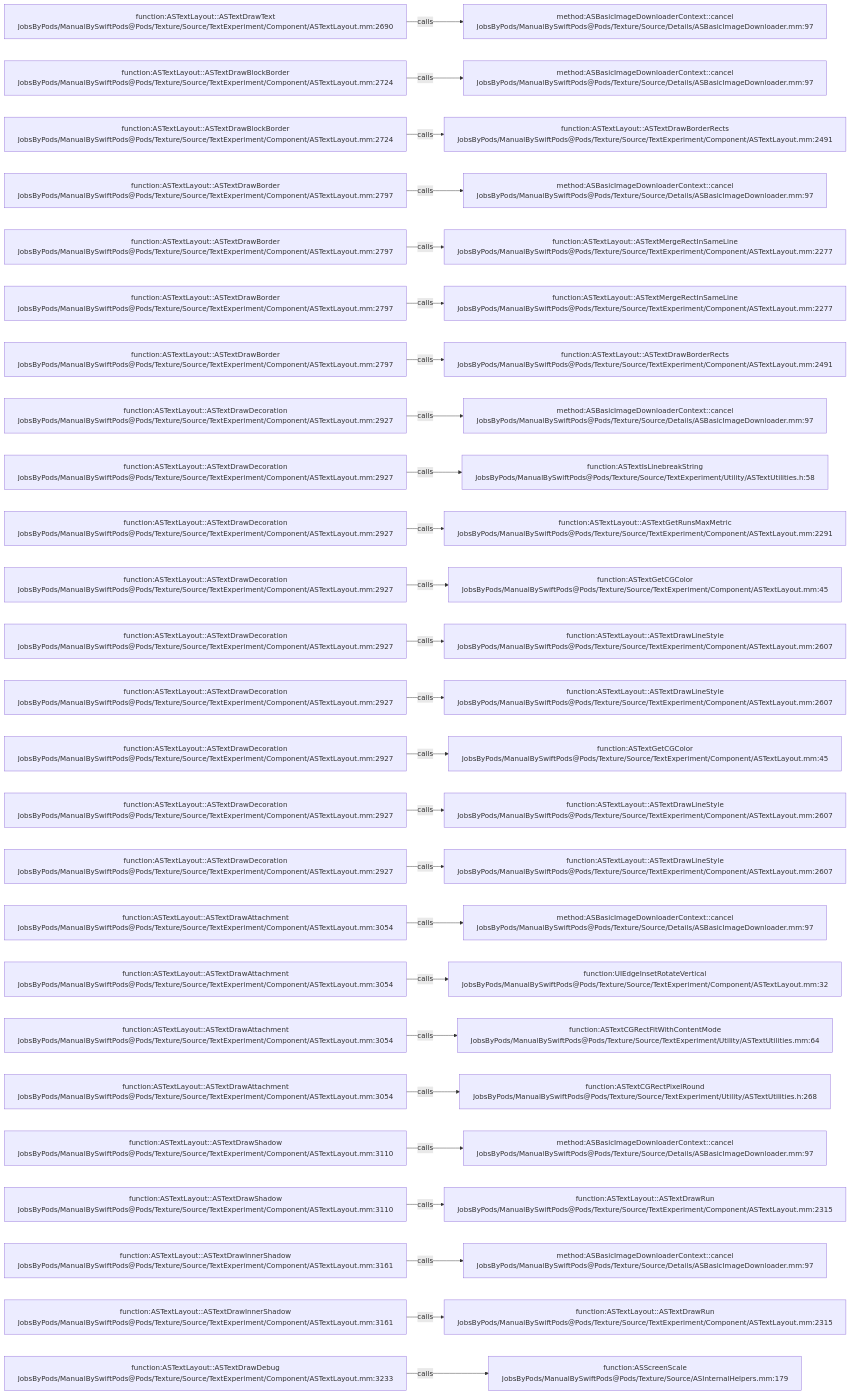
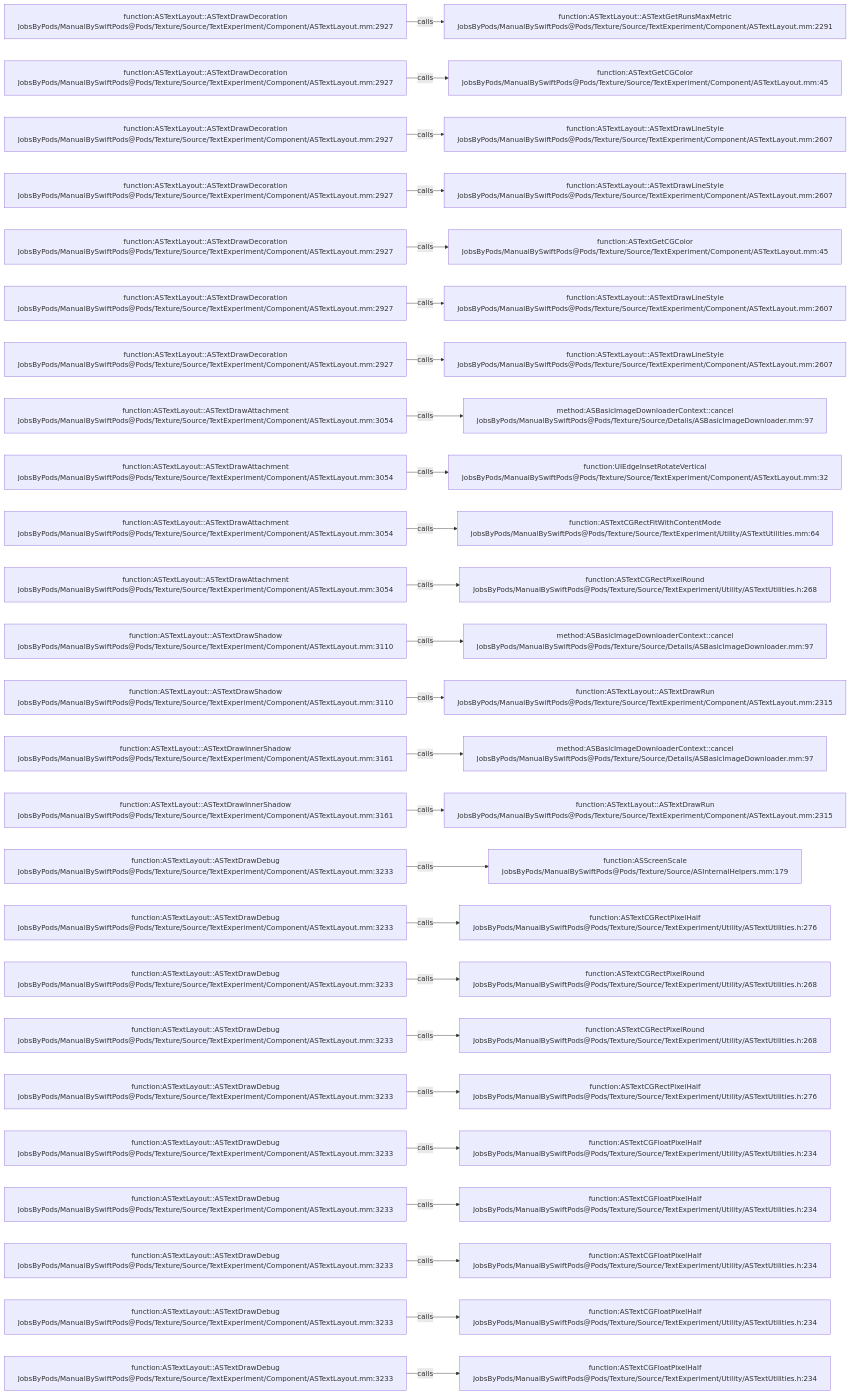
The diagram in .codegraph/codegraph.md/graphs/calls-136.md (JobsKits/JobsSwiftBaseConfigDemo), drawn with Mermaid before and after one commit. The commit also changed 707 other files, not shown here.

````diff
--- a/.codegraph/codegraph.md/graphs/calls-136.md
+++ b/.codegraph/codegraph.md/graphs/calls-136.md
@@ -13,78 +13,78 @@
 ```mermaid
 flowchart LR
-  S1["function:ASTextLayout::ASTextDrawText<br/>JobsByPods/ManualBySwiftPods@Pods/Texture/Source/TextExperiment/Component/ASTextLayout.mm:2690"]
-  T1["method:ASBasicImageDownloaderContext::cancel<br/>JobsByPods/ManualBySwiftPods@Pods/Texture/Source/Details/ASBasicImageDownloader.mm:97"]
+  S1["function:ASTextLayout::ASTextDrawDecoration<br/>JobsByPods/ManualBySwiftPods@Pods/Texture/Source/TextExperiment/Component/ASTextLayout.mm:2927"]
+  T1["function:ASTextLayout::ASTextGetRunsMaxMetric<br/>JobsByPods/ManualBySwiftPods@Pods/Texture/Source/TextExperiment/Component/ASTextLayout.mm:2291"]
   S1 -->|calls| T1
-  S2["function:ASTextLayout::ASTextDrawBlockBorder<br/>JobsByPods/ManualBySwiftPods@Pods/Texture/Source/TextExperiment/Component/ASTextLayout.mm:2724"]
-  T2["method:ASBasicImageDownloaderContext::cancel<br/>JobsByPods/ManualBySwiftPods@Pods/Texture/Source/Details/ASBasicImageDownloader.mm:97"]
+  S2["function:ASTextLayout::ASTextDrawDecoration<br/>JobsByPods/ManualBySwiftPods@Pods/Texture/Source/TextExperiment/Component/ASTextLayout.mm:2927"]
+  T2["function:ASTextGetCGColor<br/>JobsByPods/ManualBySwiftPods@Pods/Texture/Source/TextExperiment/Component/ASTextLayout.mm:45"]
   S2 -->|calls| T2
-  S3["function:ASTextLayout::ASTextDrawBlockBorder<br/>JobsByPods/ManualBySwiftPods@Pods/Texture/Source/TextExperiment/Component/ASTextLayout.mm:2724"]
-  T3["function:ASTextLayout::ASTextDrawBorderRects<br/>JobsByPods/ManualBySwiftPods@Pods/Texture/Source/TextExperiment/Component/ASTextLayout.mm:2491"]
+  S3["function:ASTextLayout::ASTextDrawDecoration<br/>JobsByPods/ManualBySwiftPods@Pods/Texture/Source/TextExperiment/Component/ASTextLayout.mm:2927"]
+  T3["function:ASTextLayout::ASTextDrawLineStyle<br/>JobsByPods/ManualBySwiftPods@Pods/Texture/Source/TextExperiment/Component/ASTextLayout.mm:2607"]
   S3 -->|calls| T3
-  S4["function:ASTextLayout::ASTextDrawBorder<br/>JobsByPods/ManualBySwiftPods@Pods/Texture/Source/TextExperiment/Component/ASTextLayout.mm:2797"]
-  T4["method:ASBasicImageDownloaderContext::cancel<br/>JobsByPods/ManualBySwiftPods@Pods/Texture/Source/Details/ASBasicImageDownloader.mm:97"]
+  S4["function:ASTextLayout::ASTextDrawDecoration<br/>JobsByPods/ManualBySwiftPods@Pods/Texture/Source/TextExperiment/Component/ASTextLayout.mm:2927"]
+  T4["function:ASTextLayout::ASTextDrawLineStyle<br/>JobsByPods/ManualBySwiftPods@Pods/Texture/Source/TextExperiment/Component/ASTextLayout.mm:2607"]
   S4 -->|calls| T4
-  S5["function:ASTextLayout::ASTextDrawBorder<br/>JobsByPods/ManualBySwiftPods@Pods/Texture/Source/TextExperiment/Component/ASTextLayout.mm:2797"]
-  T5["function:ASTextLayout::ASTextMergeRectInSameLine<br/>JobsByPods/ManualBySwiftPods@Pods/Texture/Source/TextExperiment/Component/ASTextLayout.mm:2277"]
+  S5["function:ASTextLayout::ASTextDrawDecoration<br/>JobsByPods/ManualBySwiftPods@Pods/Texture/Source/TextExperiment/Component/ASTextLayout.mm:2927"]
+  T5["function:ASTextGetCGColor<br/>JobsByPods/ManualBySwiftPods@Pods/Texture/Source/TextExperiment/Component/ASTextLayout.mm:45"]
   S5 -->|calls| T5
-  S6["function:ASTextLayout::ASTextDrawBorder<br/>JobsByPods/ManualBySwiftPods@Pods/Texture/Source/TextExperiment/Component/ASTextLayout.mm:2797"]
-  T6["function:ASTextLayout::ASTextMergeRectInSameLine<br/>JobsByPods/ManualBySwiftPods@Pods/Texture/Source/TextExperiment/Component/ASTextLayout.mm:2277"]
+  S6["function:ASTextLayout::ASTextDrawDecoration<br/>JobsByPods/ManualBySwiftPods@Pods/Texture/Source/TextExperiment/Component/ASTextLayout.mm:2927"]
+  T6["function:ASTextLayout::ASTextDrawLineStyle<br/>JobsByPods/ManualBySwiftPods@Pods/Texture/Source/TextExperiment/Component/ASTextLayout.mm:2607"]
   S6 -->|calls| T6
-  S7["function:ASTextLayout::ASTextDrawBorder<br/>JobsByPods/ManualBySwiftPods@Pods/Texture/Source/TextExperiment/Component/ASTextLayout.mm:2797"]
-  T7["function:ASTextLayout::ASTextDrawBorderRects<br/>JobsByPods/ManualBySwiftPods@Pods/Texture/Source/TextExperiment/Component/ASTextLayout.mm:2491"]
+  S7["function:ASTextLayout::ASTextDrawDecoration<br/>JobsByPods/ManualBySwiftPods@Pods/Texture/Source/TextExperiment/Component/ASTextLayout.mm:2927"]
+  T7["function:ASTextLayout::ASTextDrawLineStyle<br/>JobsByPods/ManualBySwiftPods@Pods/Texture/Source/TextExperiment/Component/ASTextLayout.mm:2607"]
   S7 -->|calls| T7
-  S8["function:ASTextLayout::ASTextDrawDecoration<br/>JobsByPods/ManualBySwiftPods@Pods/Texture/Source/TextExperiment/Component/ASTextLayout.mm:2927"]
+  S8["function:ASTextLayout::ASTextDrawAttachment<br/>JobsByPods/ManualBySwiftPods@Pods/Texture/Source/TextExperiment/Component/ASTextLayout.mm:3054"]
   T8["method:ASBasicImageDownloaderContext::cancel<br/>JobsByPods/ManualBySwiftPods@Pods/Texture/Source/Details/ASBasicImageDownloader.mm:97"]
   S8 -->|calls| T8
-  S9["function:ASTextLayout::ASTextDrawDecoration<br/>JobsByPods/ManualBySwiftPods@Pods/Texture/Source/TextExperiment/Component/ASTextLayout.mm:2927"]
-  T9["function:ASTextIsLinebreakString<br/>JobsByPods/ManualBySwiftPods@Pods/Texture/Source/TextExperiment/Utility/ASTextUtilities.h:58"]
+  S9["function:ASTextLayout::ASTextDrawAttachment<br/>JobsByPods/ManualBySwiftPods@Pods/Texture/Source/TextExperiment/Component/ASTextLayout.mm:3054"]
+  T9["function:UIEdgeInsetRotateVertical<br/>JobsByPods/ManualBySwiftPods@Pods/Texture/Source/TextExperiment/Component/ASTextLayout.mm:32"]
   S9 -->|calls| T9
-  S10["function:ASTextLayout::ASTextDrawDecoration<br/>JobsByPods/ManualBySwiftPods@Pods/Texture/Source/TextExperiment/Component/ASTextLayout.mm:2927"]
-  T10["function:ASTextLayout::ASTextGetRunsMaxMetric<br/>JobsByPods/ManualBySwiftPods@Pods/Texture/Source/TextExperiment/Component/ASTextLayout.mm:2291"]
+  S10["function:ASTextLayout::ASTextDrawAttachment<br/>JobsByPods/ManualBySwiftPods@Pods/Texture/Source/TextExperiment/Component/ASTextLayout.mm:3054"]
+  T10["function:ASTextCGRectFitWithContentMode<br/>JobsByPods/ManualBySwiftPods@Pods/Texture/Source/TextExperiment/Utility/ASTextUtilities.mm:64"]
   S10 -->|calls| T10
-  S11["function:ASTextLayout::ASTextDrawDecoration<br/>JobsByPods/ManualBySwiftPods@Pods/Texture/Source/TextExperiment/Component/ASTextLayout.mm:2927"]
-  T11["function:ASTextGetCGColor<br/>JobsByPods/ManualBySwiftPods@Pods/Texture/Source/TextExperiment/Component/ASTextLayout.mm:45"]
+  S11["function:ASTextLayout::ASTextDrawAttachment<br/>JobsByPods/ManualBySwiftPods@Pods/Texture/Source/TextExperiment/Component/ASTextLayout.mm:3054"]
+  T11["function:ASTextCGRectPixelRound<br/>JobsByPods/ManualBySwiftPods@Pods/Texture/Source/TextExperiment/Utility/ASTextUtilities.h:268"]
   S11 -->|calls| T11
-  S12["function:ASTextLayout::ASTextDrawDecoration<br/>JobsByPods/ManualBySwiftPods@Pods/Texture/Source/TextExperiment/Component/ASTextLayout.mm:2927"]
-  T12["function:ASTextLayout::ASTextDrawLineStyle<br/>JobsByPods/ManualBySwiftPods@Pods/Texture/Source/TextExperiment/Component/ASTextLayout.mm:2607"]
+  S12["function:ASTextLayout::ASTextDrawShadow<br/>JobsByPods/ManualBySwiftPods@Pods/Texture/Source/TextExperiment/Component/ASTextLayout.mm:3110"]
+  T12["method:ASBasicImageDownloaderContext::cancel<br/>JobsByPods/ManualBySwiftPods@Pods/Texture/Source/Details/ASBasicImageDownloader.mm:97"]
   S12 -->|calls| T12
-  S13["function:ASTextLayout::ASTextDrawDecoration<br/>JobsByPods/ManualBySwiftPods@Pods/Texture/Source/TextExperiment/Component/ASTextLayout.mm:2927"]
-  T13["function:ASTextLayout::ASTextDrawLineStyle<br/>JobsByPods/ManualBySwiftPods@Pods/Texture/Source/TextExperiment/Component/ASTextLayout.mm:2607"]
+  S13["function:ASTextLayout::ASTextDrawShadow<br/>JobsByPods/ManualBySwiftPods@Pods/Texture/Source/TextExperiment/Component/ASTextLayout.mm:3110"]
+  T13["function:ASTextLayout::ASTextDrawRun<br/>JobsByPods/ManualBySwiftPods@Pods/Texture/Source/TextExperiment/Component/ASTextLayout.mm:2315"]
   S13 -->|calls| T13
-  S14["function:ASTextLayout::ASTextDrawDecoration<br/>JobsByPods/ManualBySwiftPods@Pods/Texture/Source/TextExperiment/Component/ASTextLayout.mm:2927"]
-  T14["function:ASTextGetCGColor<br/>JobsByPods/ManualBySwiftPods@Pods/Texture/Source/TextExperiment/Component/ASTextLayout.mm:45"]
+  S14["function:ASTextLayout::ASTextDrawInnerShadow<br/>JobsByPods/ManualBySwiftPods@Pods/Texture/Source/TextExperiment/Component/ASTextLayout.mm:3161"]
+  T14["method:ASBasicImageDownloaderContext::cancel<br/>JobsByPods/ManualBySwiftPods@Pods/Texture/Source/Details/ASBasicImageDownloader.mm:97"]
   S14 -->|calls| T14
-  S15["function:ASTextLayout::ASTextDrawDecoration<br/>JobsByPods/ManualBySwiftPods@Pods/Texture/Source/TextExperiment/Component/ASTextLayout.mm:2927"]
-  T15["function:ASTextLayout::ASTextDrawLineStyle<br/>JobsByPods/ManualBySwiftPods@Pods/Texture/Source/TextExperiment/Component/ASTextLayout.mm:2607"]
+  S15["function:ASTextLayout::ASTextDrawInnerShadow<br/>JobsByPods/ManualBySwiftPods@Pods/Texture/Source/TextExperiment/Component/ASTextLayout.mm:3161"]
+  T15["function:ASTextLayout::ASTextDrawRun<br/>JobsByPods/ManualBySwiftPods@Pods/Texture/Source/TextExperiment/Component/ASTextLayout.mm:2315"]
   S15 -->|calls| T15
-  S16["function:ASTextLayout::ASTextDrawDecoration<br/>JobsByPods/ManualBySwiftPods@Pods/Texture/Source/TextExperiment/Component/ASTextLayout.mm:2927"]
-  T16["function:ASTextLayout::ASTextDrawLineStyle<br/>JobsByPods/ManualBySwiftPods@Pods/Texture/Source/TextExperiment/Component/ASTextLayout.mm:2607"]
+  S16["function:ASTextLayout::ASTextDrawDebug<br/>JobsByPods/ManualBySwiftPods@Pods/Texture/Source/TextExperiment/Component/ASTextLayout.mm:3233"]
+  T16["function:ASScreenScale<br/>JobsByPods/ManualBySwiftPods@Pods/Texture/Source/ASInternalHelpers.mm:179"]
   S16 -->|calls| T16
-  S17["function:ASTextLayout::ASTextDrawAttachment<br/>JobsByPods/ManualBySwiftPods@Pods/Texture/Source/TextExperiment/Component/ASTextLayout.mm:3054"]
-  T17["method:ASBasicImageDownloaderContext::cancel<br/>JobsByPods/ManualBySwiftPods@Pods/Texture/Source/Details/ASBasicImageDownloader.mm:97"]
+  S17["function:ASTextLayout::ASTextDrawDebug<br/>JobsByPods/ManualBySwiftPods@Pods/Texture/Source/TextExperiment/Component/ASTextLayout.mm:3233"]
+  T17["function:ASTextCGRectPixelHalf<br/>JobsByPods/ManualBySwiftPods@Pods/Texture/Source/TextExperiment/Utility/ASTextUtilities.h:276"]
   S17 -->|calls| T17
-  S18["function:ASTextLayout::ASTextDrawAttachment<br/>JobsByPods/ManualBySwiftPods@Pods/Texture/Source/TextExperiment/Component/ASTextLayout.mm:3054"]
-  T18["function:UIEdgeInsetRotateVertical<br/>JobsByPods/ManualBySwiftPods@Pods/Texture/Source/TextExperiment/Component/ASTextLayout.mm:32"]
+  S18["function:ASTextLayout::ASTextDrawDebug<br/>JobsByPods/ManualBySwiftPods@Pods/Texture/Source/TextExperiment/Component/ASTextLayout.mm:3233"]
+  T18["function:ASTextCGRectPixelRound<br/>JobsByPods/ManualBySwiftPods@Pods/Texture/Source/TextExperiment/Utility/ASTextUtilities.h:268"]
   S18 -->|calls| T18
-  S19["function:ASTextLayout::ASTextDrawAttachment<br/>JobsByPods/ManualBySwiftPods@Pods/Texture/Source/TextExperiment/Component/ASTextLayout.mm:3054"]
-  T19["function:ASTextCGRectFitWithContentMode<br/>JobsByPods/ManualBySwiftPods@Pods/Texture/Source/TextExperiment/Utility/ASTextUtilities.mm:64"]
+  S19["function:ASTextLayout::ASTextDrawDebug<br/>JobsByPods/ManualBySwiftPods@Pods/Texture/Source/TextExperiment/Component/ASTextLayout.mm:3233"]
+  T19["function:ASTextCGRectPixelRound<br/>JobsByPods/ManualBySwiftPods@Pods/Texture/Source/TextExperiment/Utility/ASTextUtilities.h:268"]
   S19 -->|calls| T19
-  S20["function:ASTextLayout::ASTextDrawAttachment<br/>JobsByPods/ManualBySwiftPods@Pods/Texture/Source/TextExperiment/Component/ASTextLayout.mm:3054"]
-  T20["function:ASTextCGRectPixelRound<br/>JobsByPods/ManualBySwiftPods@Pods/Texture/Source/TextExperiment/Utility/ASTextUtilities.h:268"]
+  S20["function:ASTextLayout::ASTextDrawDebug<br/>JobsByPods/ManualBySwiftPods@Pods/Texture/Source/TextExperiment/Component/ASTextLayout.mm:3233"]
+  T20["function:ASTextCGRectPixelHalf<br/>JobsByPods/ManualBySwiftPods@Pods/Texture/Source/TextExperiment/Utility/ASTextUtilities.h:276"]
   S20 -->|calls| T20
-  S21["function:ASTextLayout::ASTextDrawShadow<br/>JobsByPods/ManualBySwiftPods@Pods/Texture/Source/TextExperiment/Component/ASTextLayout.mm:3110"]
-  T21["method:ASBasicImageDownloaderContext::cancel<br/>JobsByPods/ManualBySwiftPods@Pods/Texture/Source/Details/ASBasicImageDownloader.mm:97"]
+  S21["function:ASTextLayout::ASTextDrawDebug<br/>JobsByPods/ManualBySwiftPods@Pods/Texture/Source/TextExperiment/Component/ASTextLayout.mm:3233"]
+  T21["function:ASTextCGFloatPixelHalf<br/>JobsByPods/ManualBySwiftPods@Pods/Texture/Source/TextExperiment/Utility/ASTextUtilities.h:234"]
   S21 -->|calls| T21
-  S22["function:ASTextLayout::ASTextDrawShadow<br/>JobsByPods/ManualBySwiftPods@Pods/Texture/Source/TextExperiment/Component/ASTextLayout.mm:3110"]
-  T22["function:ASTextLayout::ASTextDrawRun<br/>JobsByPods/ManualBySwiftPods@Pods/Texture/Source/TextExperiment/Component/ASTextLayout.mm:2315"]
+  S22["function:ASTextLayout::ASTextDrawDebug<br/>JobsByPods/ManualBySwiftPods@Pods/Texture/Source/TextExperiment/Component/ASTextLayout.mm:3233"]
+  T22["function:ASTextCGFloatPixelHalf<br/>JobsByPods/ManualBySwiftPods@Pods/Texture/Source/TextExperiment/Utility/ASTextUtilities.h:234"]
   S22 -->|calls| T22
-  S23["function:ASTextLayout::ASTextDrawInnerShadow<br/>JobsByPods/ManualBySwiftPods@Pods/Texture/Source/TextExperiment/Component/ASTextLayout.mm:3161"]
-  T23["method:ASBasicImageDownloaderContext::cancel<br/>JobsByPods/ManualBySwiftPods@Pods/Texture/Source/Details/ASBasicImageDownloader.mm:97"]
+  S23["function:ASTextLayout::ASTextDrawDebug<br/>JobsByPods/ManualBySwiftPods@Pods/Texture/Source/TextExperiment/Component/ASTextLayout.mm:3233"]
+  T23["function:ASTextCGFloatPixelHalf<br/>JobsByPods/ManualBySwiftPods@Pods/Texture/Source/TextExperiment/Utility/ASTextUtilities.h:234"]
   S23 -->|calls| T23
-  S24["function:ASTextLayout::ASTextDrawInnerShadow<br/>JobsByPods/ManualBySwiftPods@Pods/Texture/Source/TextExperiment/Component/ASTextLayout.mm:3161"]
-  T24["function:ASTextLayout::ASTextDrawRun<br/>JobsByPods/ManualBySwiftPods@Pods/Texture/Source/TextExperiment/Component/ASTextLayout.mm:2315"]
+  S24["function:ASTextLayout::ASTextDrawDebug<br/>JobsByPods/ManualBySwiftPods@Pods/Texture/Source/TextExperiment/Component/ASTextLayout.mm:3233"]
+  T24["function:ASTextCGFloatPixelHalf<br/>JobsByPods/ManualBySwiftPods@Pods/Texture/Source/TextExperiment/Utility/ASTextUtilities.h:234"]
   S24 -->|calls| T24
   S25["function:ASTextLayout::ASTextDrawDebug<br/>JobsByPods/ManualBySwiftPods@Pods/Texture/Source/TextExperiment/Component/ASTextLayout.mm:3233"]
-  T25["function:ASScreenScale<br/>JobsByPods/ManualBySwiftPods@Pods/Texture/Source/ASInternalHelpers.mm:179"]
+  T25["function:ASTextCGFloatPixelHalf<br/>JobsByPods/ManualBySwiftPods@Pods/Texture/Source/TextExperiment/Utility/ASTextUtilities.h:234"]
   S25 -->|calls| T25
 ```
````
